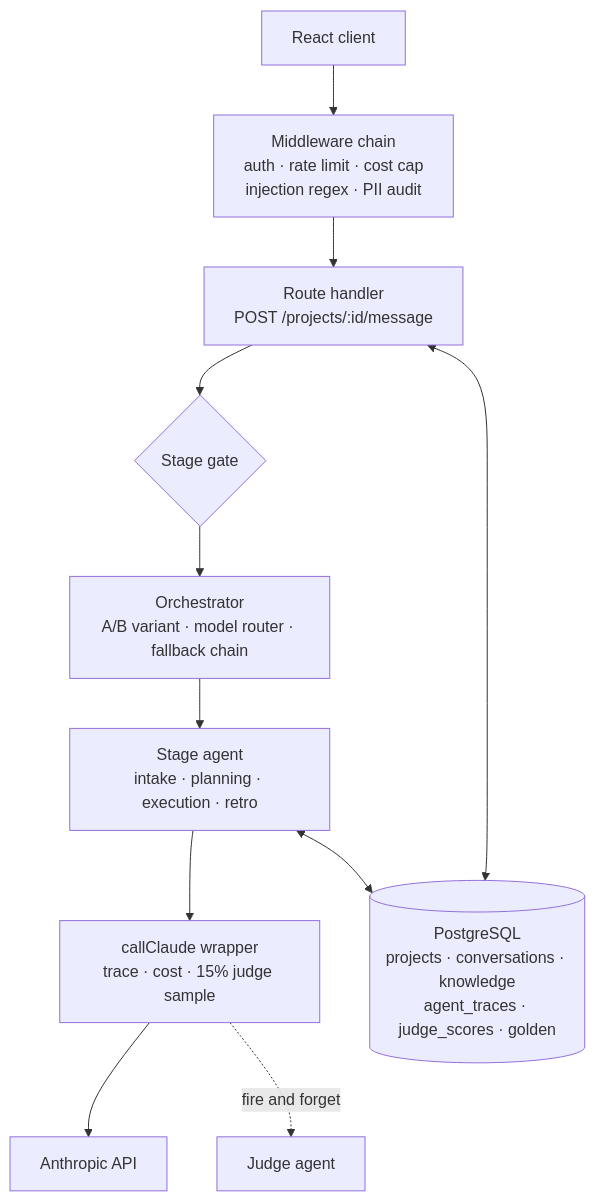
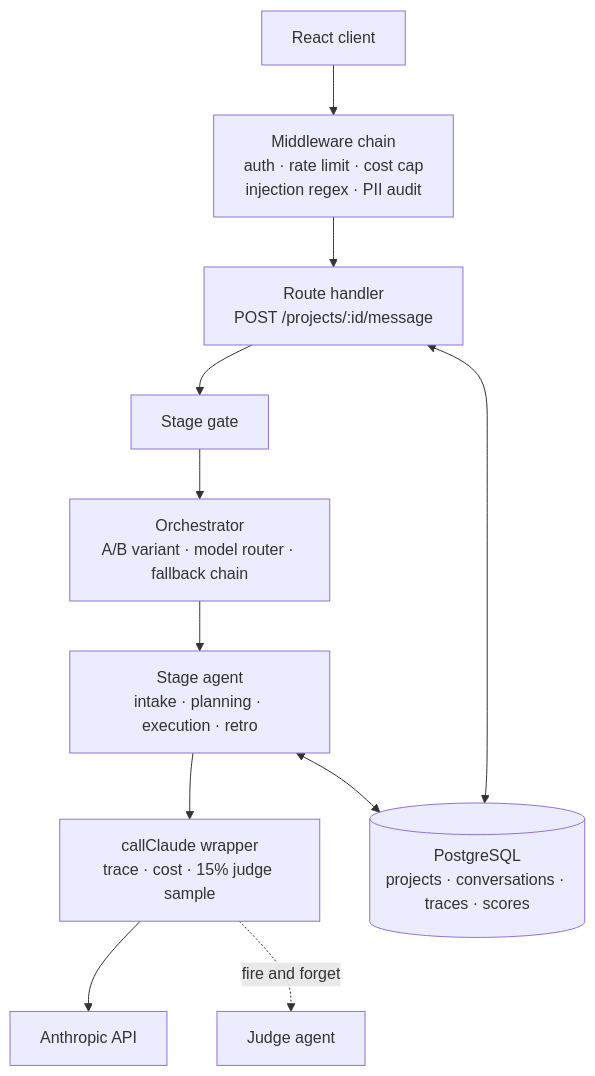
The first of 5 diagrams in docs/teardowns/projectos.md (chintan-dshel/aible), drawn with Mermaid before and after one commit. The commit also changed other lines of this file and 12 other files, not shown here.

First line of the commit message:
Restructure per pedagogy review; fix root-cause CSS/Mermaid presentation bugs

````diff
--- a/docs/teardowns/projectos.md
+++ b/docs/teardowns/projectos.md
@@ -33,13 +33,20 @@
 ```mermaid
+---
+config:
+  themeVariables:
+    fontSize: 16px
+---
 flowchart TB
+  accTitle: ProjectOS architecture
+  accDescr: A React client sends messages through a middleware chain to a route handler, which runs a stage gate, then an orchestrator, then the stage agent. All model calls go through one callClaude wrapper that writes telemetry and samples a judge agent. Everything reads and writes one PostgreSQL database.
   UI["React client"]:::human --> MW["Middleware chain<br/>auth · rate limit · cost cap<br/>injection regex · PII audit"]:::gate
   MW --> RT["Route handler<br/>POST /projects/:id/message"]:::orch
-  RT --> G{"Stage gate"}:::gate
+  RT --> G["Stage gate"]:::gate
   G --> ORC["Orchestrator<br/>A/B variant · model router · fallback chain"]:::orch
   ORC --> AG["Stage agent<br/>intake · planning · execution · retro"]:::agent
   AG --> CC["callClaude wrapper<br/>trace · cost · 15% judge sample"]:::orch
   CC --> API["Anthropic API"]:::external
   CC -. "fire and forget" .-> J["Judge agent"]:::agent
-  RT <--> DB[("PostgreSQL<br/>projects · conversations · knowledge<br/>agent_traces · judge_scores · golden")]:::store
+  RT <--> DB[("PostgreSQL<br/>projects · conversations · traces · scores")]:::store
   AG <--> DB
 ```
````
